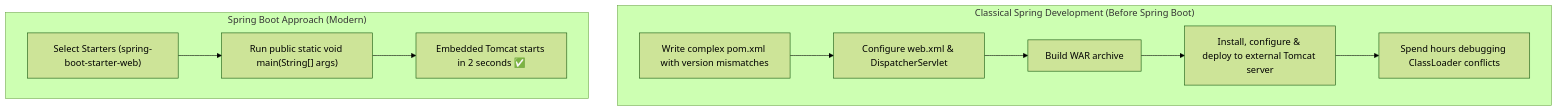
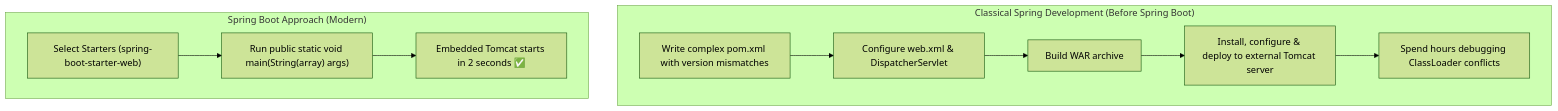
One commit to rohithgowda18/Notes changed the first of 9 diagrams in 06-Java-and-Spring-Boot/02-Spring-Boot-and-Web-MVC.md. Above: the diagram before and after it, drawn with Mermaid (forest theme). The commit also changed other lines of this file and 7 other files, not shown here.

Commit message:
fix: code typography consistency and mermaid diagram syntax

````diff
--- a/06-Java-and-Spring-Boot/02-Spring-Boot-and-Web-MVC.md
+++ b/06-Java-and-Spring-Boot/02-Spring-Boot-and-Web-MVC.md
@@ -32,13 +32,13 @@
 ```mermaid
 flowchart TD
     subgraph ClassicalSpring ["Classical Spring Development (Before Spring Boot)"]
         C1["Write complex pom.xml with version mismatches"] --> C2["Configure web.xml & DispatcherServlet"]
         C2 --> C3["Build WAR archive"]
         C3 --> C4["Install, configure & deploy to external Tomcat server"]
         C4 --> C5["Spend hours debugging ClassLoader conflicts"]
     end
     subgraph SpringBoot ["Spring Boot Approach (Modern)"]
-        B1["Select Starters (spring-boot-starter-web)"] --> B2["Run public static void main(String[] args)"]
+        B1["Select Starters (spring-boot-starter-web)"] --> B2["Run public static void main(String(array) args)"]
         B2 --> B3["Embedded Tomcat starts in 2 seconds ✅"]
     end
 ```
````
